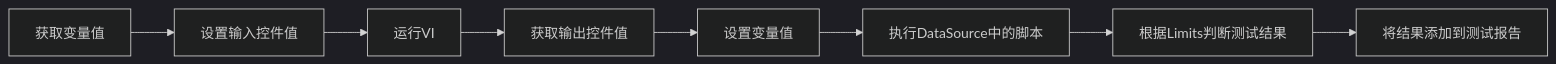
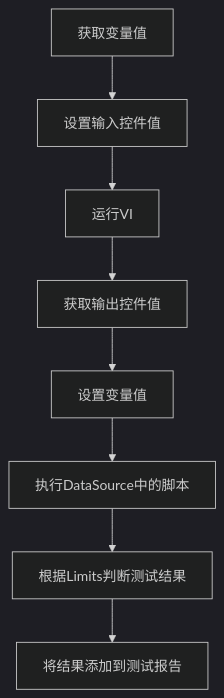
One commit to XiongXinwei-code/test-bench-framework changed the second of 2 diagrams in docs/_docs/测试引擎.md. Above: the diagram before and after it, drawn with Mermaid (dark theme). The commit also changed other lines of this file and 1 other file, not shown here.

Commit message:
Update API documentation and workflow guide
Added detailed interface description for 'Start Engine' in the application API documentation. Updated workflow guide to include a link to the API documentation and corrected the flowchart direction for VI call sequence.

````diff
--- a/docs/_docs/测试引擎.md
+++ b/docs/_docs/测试引擎.md
@@ -35,10 +35,10 @@
 ```mermaid
-flowchart LR
+flowchart TD
 A[获取变量值]-->B[设置输入控件值]
 B-->C[运行VI]
 C-->D[获取输出控件值]
 D-->E[设置变量值]
 E-->F[执行DataSource中的脚本]
 F-->G[根据Limits判断测试结果]
 G-->H[将结果添加到测试报告]
 ```
````
